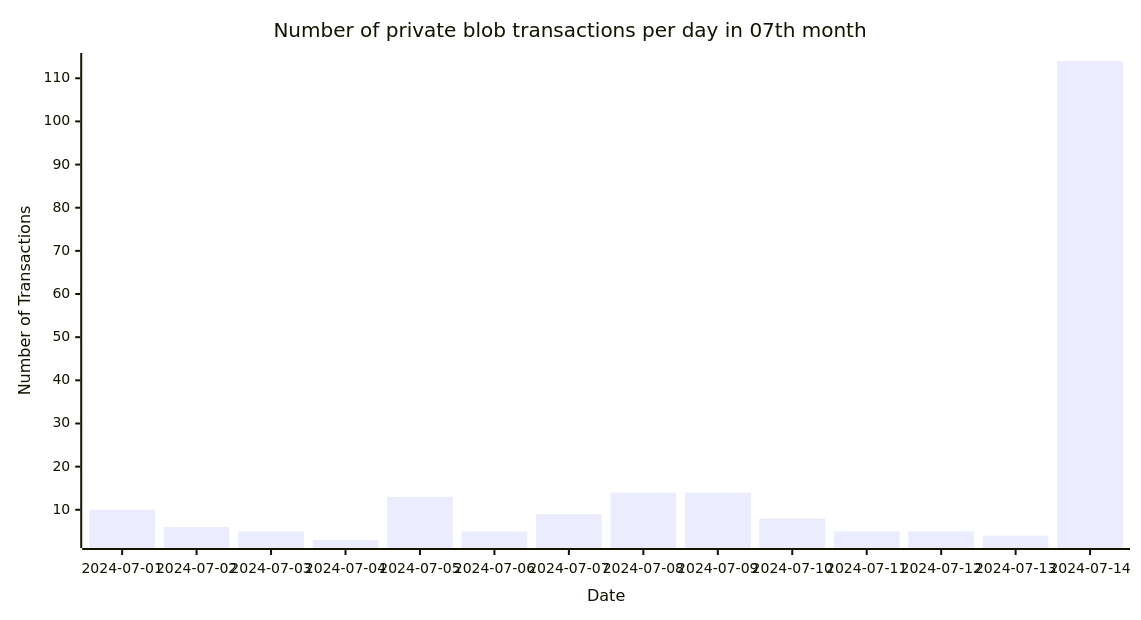
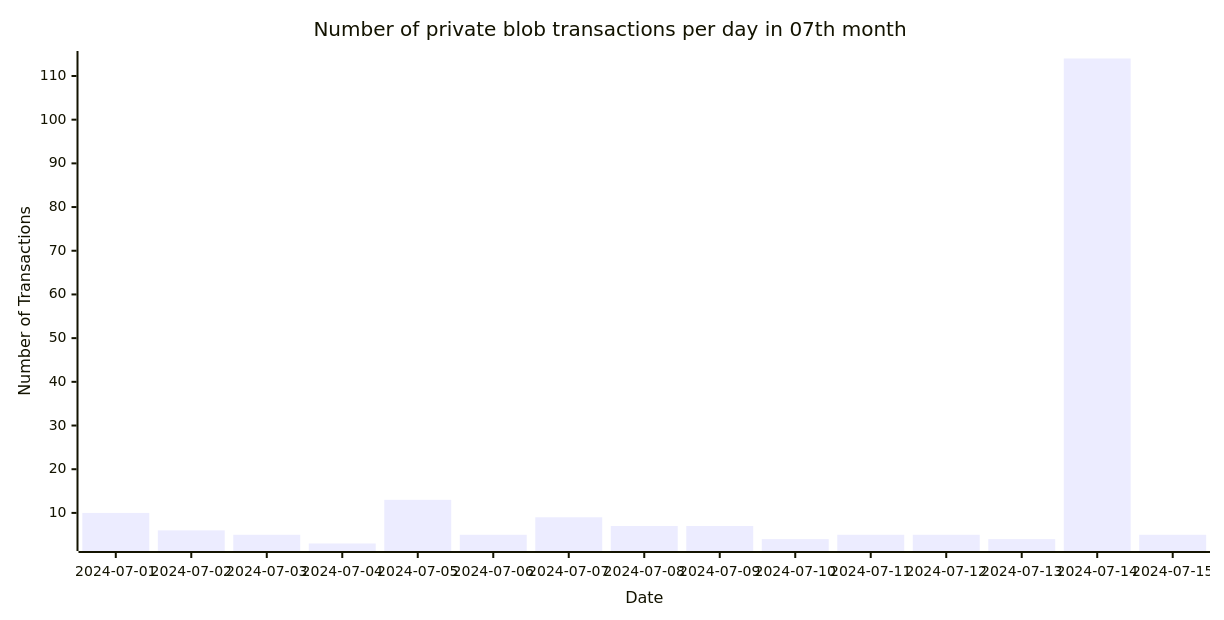
The fifth of 5 diagrams in README.md (Amit0617/eip4844-data), drawn with Mermaid before and after one commit. The commit also changed 1 other file, not shown here.

````diff
--- a/README.md
+++ b/README.md
@@ -53,12 +53,12 @@
 ```mermaid
 ---
 config:
     xyChart:
-        width: 1120
+        width: 1200
         height: 600
 ---
 xychart-beta title "Number of private blob transactions per day in 07th month"
-x-axis "Date" [2024-07-01,2024-07-02,2024-07-03,2024-07-04,2024-07-05,2024-07-06,2024-07-07,2024-07-08,2024-07-09,2024-07-10,2024-07-11,2024-07-12,2024-07-13,2024-07-14]
+x-axis "Date" [2024-07-01,2024-07-02,2024-07-03,2024-07-04,2024-07-05,2024-07-06,2024-07-07,2024-07-08,2024-07-09,2024-07-10,2024-07-11,2024-07-12,2024-07-13,2024-07-14,2024-07-15]
 y-axis "Number of Transactions"
-bar[10,6,5,3,13,5,9,14,14,8,5,5,4,114]
+bar[10,6,5,3,13,5,9,7,7,4,5,5,4,114,5]
 ```
````
